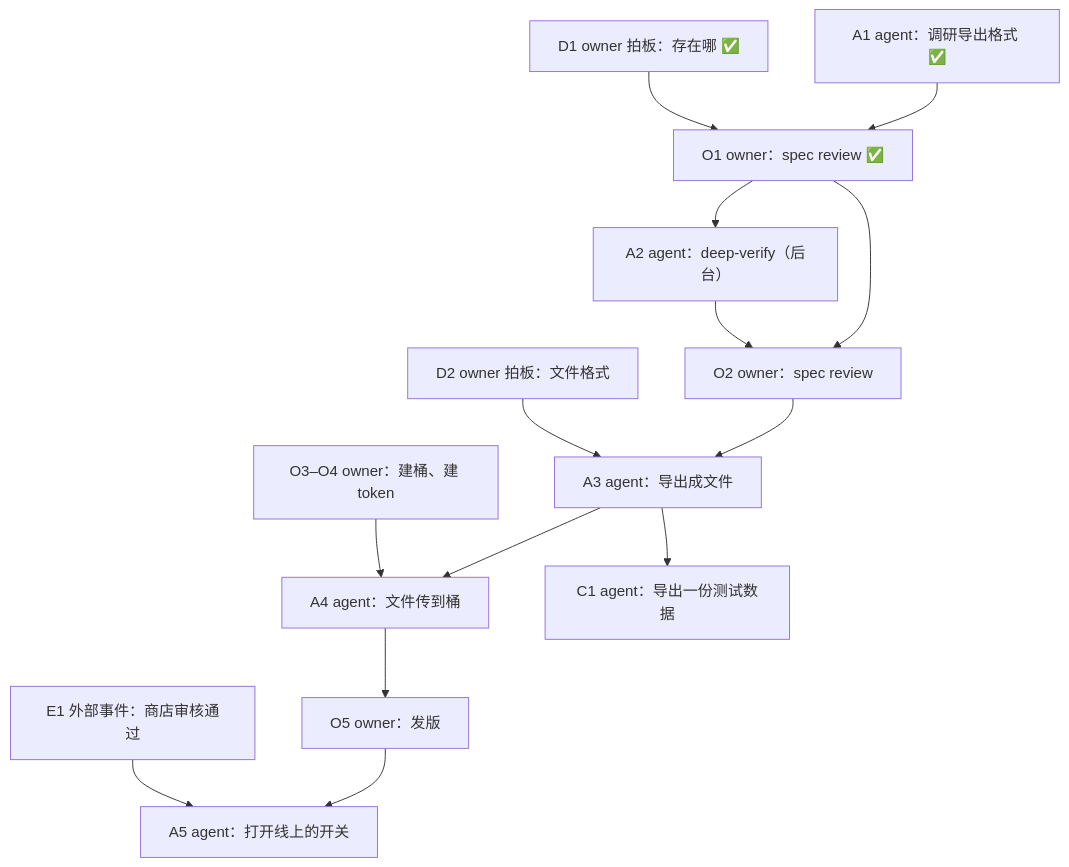
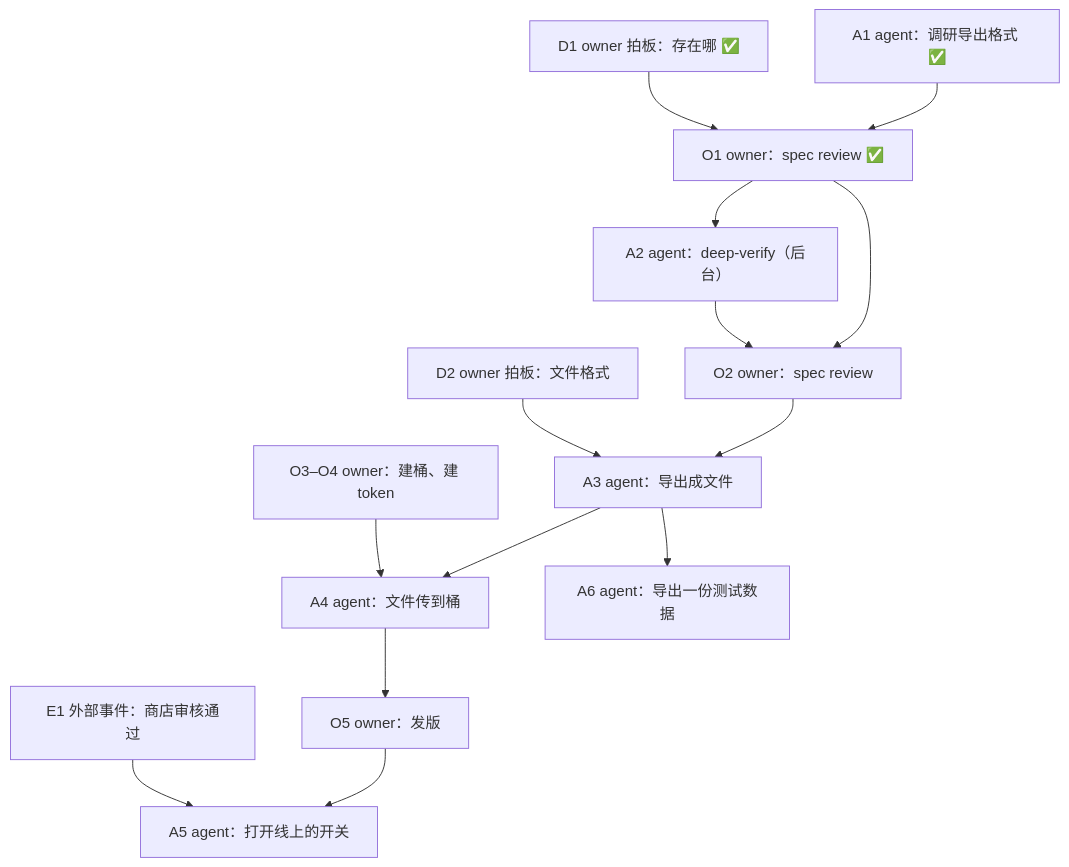
The diagram in skills/knowledge/references/spec-and-plan.md (shiyuann/aboveloop), drawn with Mermaid before and after one commit. The commit also changed other lines of this file and 12 other files, not shown here.

````diff
--- a/skills/knowledge/references/spec-and-plan.md
+++ b/skills/knowledge/references/spec-and-plan.md
@@ -125,16 +125,16 @@
 ```mermaid
 flowchart TB
   A1["A1 agent：调研导出格式 ✅"] --> O1["O1 owner：spec review ✅"]
   D1["D1 owner 拍板：存在哪 ✅"] --> O1
   O1 --> A2["A2 agent：deep-verify（后台）"]
   O1 --> O2["O2 owner：spec review"]
   A2 --> O2
   O2 --> A3["A3 agent：导出成文件"]
   D2["D2 owner 拍板：文件格式"] --> A3
   A3 --> A4["A4 agent：文件传到桶"]
   O3["O3–O4 owner：建桶、建 token"] --> A4
-  A3 --> C1["C1 agent：导出一份测试数据"]
+  A3 --> A6["A6 agent：导出一份测试数据"]
   O5["O5 owner：发版"] --> A5["A5 agent：打开线上的开关"]
   A4 --> O5
   E1["E1 外部事件：商店审核通过"] --> A5
 ```
````
